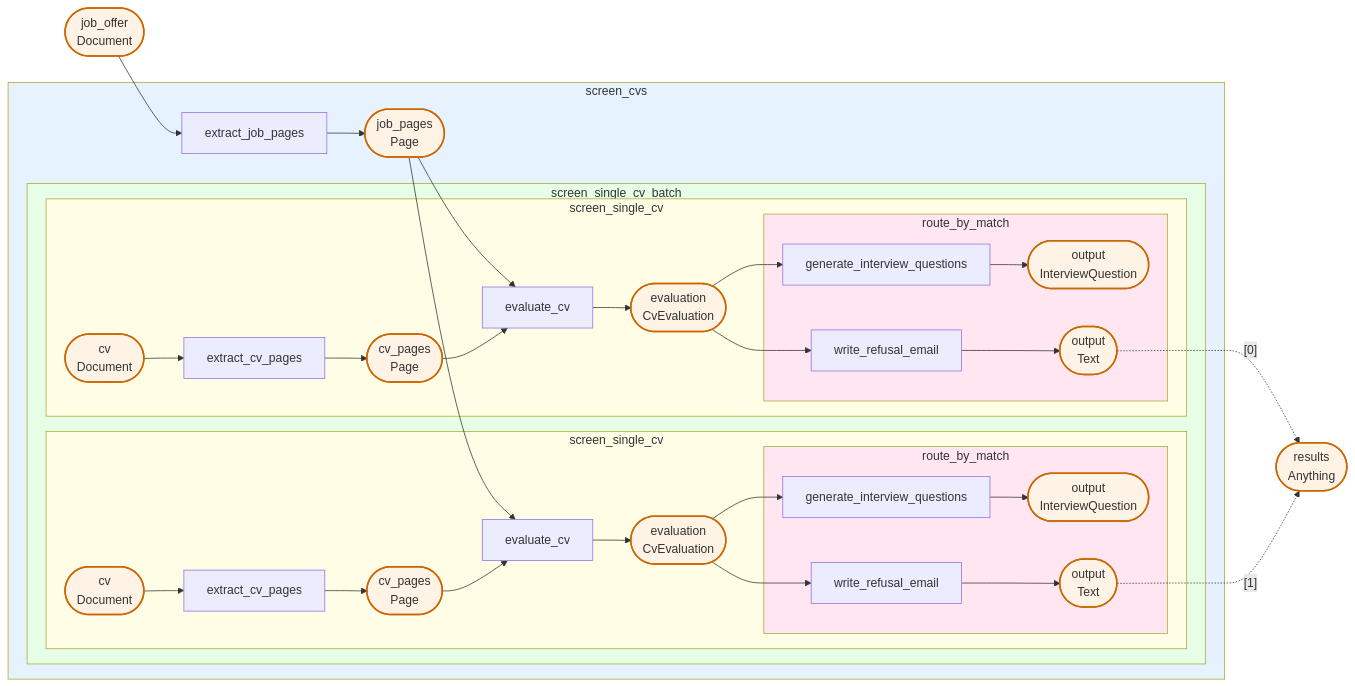
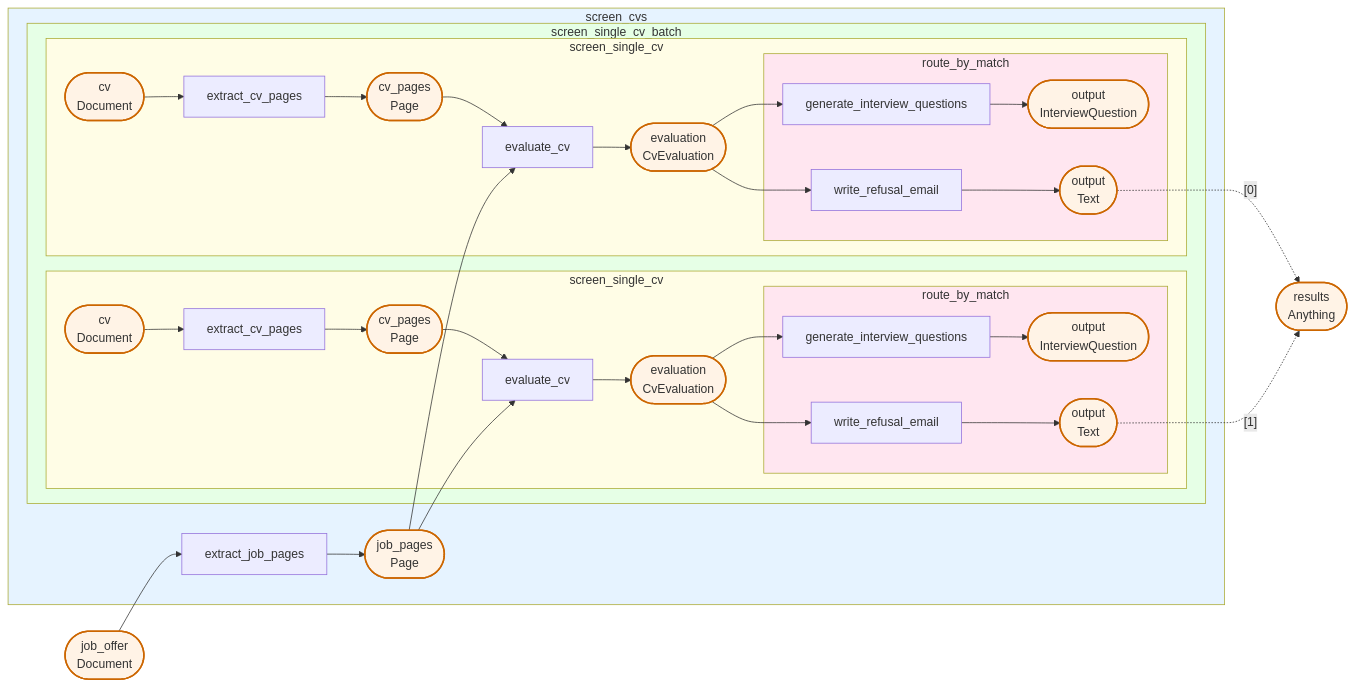
One commit to Pipelex/mthds-ui changed the diagram in data/pipelines/pipeline_26/dry_run_mermaidflow.mmd. Above: the diagram before and after it, drawn with Mermaid. The commit also changed 6 other files, not shown here.

```diff
--- a/data/pipelines/pipeline_26/dry_run_mermaidflow.mmd
+++ b/data/pipelines/pipeline_26/dry_run_mermaidflow.mmd
@@ -1,78 +1,78 @@
 flowchart LR
 
     %% Pipe and stuff nodes within controller subgraphs
-    subgraph sg_n_90a0325c95["screen_cvs"]
-        subgraph sg_n_0a95612e17["screen_single_cv_batch"]
-            subgraph sg_n_1786d573ed["screen_single_cv"]
-                subgraph sg_n_ac6b76262c["route_by_match"]
-                    n_5023d2a1fb["generate_interview_questions"]
-                    s_aff28034d1(["output<br/>InterviewQuestion"]):::stuff
-                    n_ad73874828["write_refusal_email"]
-                    s_f99969d667(["output<br/>Text"]):::stuff
+    subgraph sg_n_69629af7b4["screen_cvs"]
+        subgraph sg_n_79130e8cf0["screen_single_cv_batch"]
+            subgraph sg_n_38b591f500["screen_single_cv"]
+                subgraph sg_n_0d904b7d5a["route_by_match"]
+                    n_08431e7f56["generate_interview_questions"]
+                    s_127b543a6d(["output<br/>InterviewQuestion"]):::stuff
+                    n_7392bacace["write_refusal_email"]
+                    s_a88eb6aa7e(["output<br/>Text"]):::stuff
                 end
-                n_4689f8e3c0["evaluate_cv"]
-                s_e2eceb2456(["evaluation<br/>CvEvaluation"]):::stuff
-                n_2ff1803d07["extract_cv_pages"]
-                s_ee4e3b3993(["cv<br/>Document"]):::stuff
-                s_df29e97981(["cv_pages<br/>Page"]):::stuff
+                n_ba8c2c5772["evaluate_cv"]
+                s_c0f90ed106(["evaluation<br/>CvEvaluation"]):::stuff
+                n_bdaeaff352["extract_cv_pages"]
+                s_4ddbf976d6(["cv<br/>Document"]):::stuff
+                s_bad34eb6e0(["cv_pages<br/>Page"]):::stuff
             end
-            subgraph sg_n_0cc20343d9["screen_single_cv"]
-                subgraph sg_n_edaeff7c1a["route_by_match"]
-                    n_6c810aabb1["generate_interview_questions"]
-                    s_1dc69969a6(["output<br/>InterviewQuestion"]):::stuff
-                    n_65517cdf3b["write_refusal_email"]
-                    s_f038ed2a50(["output<br/>Text"]):::stuff
+            subgraph sg_n_de39b70b21["screen_single_cv"]
+                subgraph sg_n_82f3156694["route_by_match"]
+                    n_283c39da11["generate_interview_questions"]
+                    s_6f75a6c3f8(["output<br/>InterviewQuestion"]):::stuff
+                    n_ef201faa08["write_refusal_email"]
+                    s_71e53db09e(["output<br/>Text"]):::stuff
                 end
-                n_57827f239f["evaluate_cv"]
-                s_c4db9e2d53(["evaluation<br/>CvEvaluation"]):::stuff
-                n_8e13a9555c["extract_cv_pages"]
-                s_531e1faefd(["cv<br/>Document"]):::stuff
-                s_f4f64839e1(["cv_pages<br/>Page"]):::stuff
+                n_ce0ac5c892["evaluate_cv"]
+                s_100686aa3c(["evaluation<br/>CvEvaluation"]):::stuff
+                n_9f86e36189["extract_cv_pages"]
+                s_9d1ba42e08(["cv<br/>Document"]):::stuff
+                s_170e828067(["cv_pages<br/>Page"]):::stuff
             end
         end
-        n_34db0c4a42["extract_job_pages"]
-        s_954d350d8f(["job_pages<br/>Page"]):::stuff
+        n_84ca4b4e8b["extract_job_pages"]
+        s_00cb418b02(["job_pages<br/>Page"]):::stuff
     end
 
     %% Pipeline input stuff nodes (no producer)
-    s_ea2c81442c(["job_offer<br/>Document"]):::stuff
+    s_fb4dd82ef8(["job_offer<br/>Document"]):::stuff
 
     %% Data flow edges: producer -> stuff -> consumer
-    n_ad73874828 --> s_f99969d667
-    n_34db0c4a42 --> s_954d350d8f
-    n_65517cdf3b --> s_f038ed2a50
-    n_2ff1803d07 --> s_df29e97981
-    n_57827f239f --> s_c4db9e2d53
-    n_5023d2a1fb --> s_aff28034d1
-    n_6c810aabb1 --> s_1dc69969a6
-    n_8e13a9555c --> s_f4f64839e1
-    n_4689f8e3c0 --> s_e2eceb2456
-    s_954d350d8f --> n_57827f239f
-    s_954d350d8f --> n_4689f8e3c0
-    s_df29e97981 --> n_4689f8e3c0
-    s_ee4e3b3993 --> n_2ff1803d07
-    s_531e1faefd --> n_8e13a9555c
-    s_c4db9e2d53 --> n_6c810aabb1
-    s_c4db9e2d53 --> n_65517cdf3b
-    s_ea2c81442c --> n_34db0c4a42
-    s_f4f64839e1 --> n_57827f239f
-    s_e2eceb2456 --> n_5023d2a1fb
-    s_e2eceb2456 --> n_ad73874828
+    n_bdaeaff352 --> s_bad34eb6e0
+    n_9f86e36189 --> s_170e828067
+    n_ef201faa08 --> s_71e53db09e
+    n_ce0ac5c892 --> s_100686aa3c
+    n_84ca4b4e8b --> s_00cb418b02
+    n_ba8c2c5772 --> s_c0f90ed106
+    n_7392bacace --> s_a88eb6aa7e
+    n_08431e7f56 --> s_127b543a6d
+    n_283c39da11 --> s_6f75a6c3f8
+    s_4ddbf976d6 --> n_bdaeaff352
+    s_9d1ba42e08 --> n_9f86e36189
+    s_fb4dd82ef8 --> n_84ca4b4e8b
+    s_bad34eb6e0 --> n_ba8c2c5772
+    s_170e828067 --> n_ce0ac5c892
+    s_100686aa3c --> n_283c39da11
+    s_100686aa3c --> n_ef201faa08
+    s_00cb418b02 --> n_ce0ac5c892
+    s_00cb418b02 --> n_ba8c2c5772
+    s_c0f90ed106 --> n_08431e7f56
+    s_c0f90ed106 --> n_7392bacace
 
     %% Batch edges: list-item relationships
-    s_fc755f35bc(["results<br/>Anything"]):::stuff
-    s_f99969d667 -."[0]".-> s_fc755f35bc
-    s_f038ed2a50 -."[1]".-> s_fc755f35bc
+    s_b3db0e4098(["results<br/>Anything"]):::stuff
+    s_a88eb6aa7e -."[0]".-> s_b3db0e4098
+    s_71e53db09e -."[1]".-> s_b3db0e4098
 
     %% Style definitions
     classDef failed fill:#ffcccc,stroke:#cc0000
     classDef stuff fill:#fff3e6,stroke:#cc6600,stroke-width:2px
     classDef controller fill:#e6f3ff,stroke:#0066cc
 
     %% Subgraph depth-based coloring
-    style sg_n_0a95612e17 fill:#e6ffe6
-    style sg_n_0cc20343d9 fill:#fffde6
-    style sg_n_1786d573ed fill:#fffde6
-    style sg_n_90a0325c95 fill:#e6f3ff
-    style sg_n_ac6b76262c fill:#ffe6f0
-    style sg_n_edaeff7c1a fill:#ffe6f0
+    style sg_n_0d904b7d5a fill:#ffe6f0
+    style sg_n_38b591f500 fill:#fffde6
+    style sg_n_69629af7b4 fill:#e6f3ff
+    style sg_n_79130e8cf0 fill:#e6ffe6
+    style sg_n_82f3156694 fill:#ffe6f0
+    style sg_n_de39b70b21 fill:#fffde6
```
